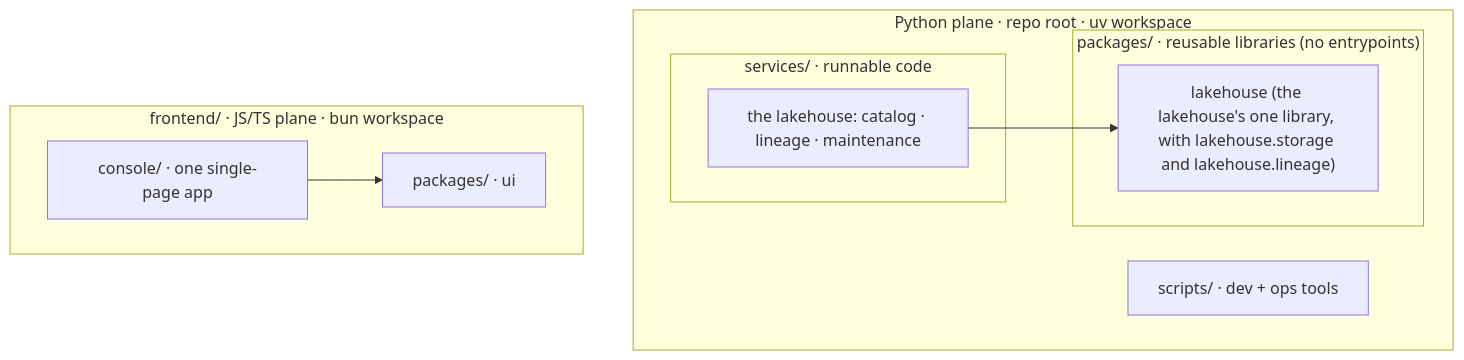
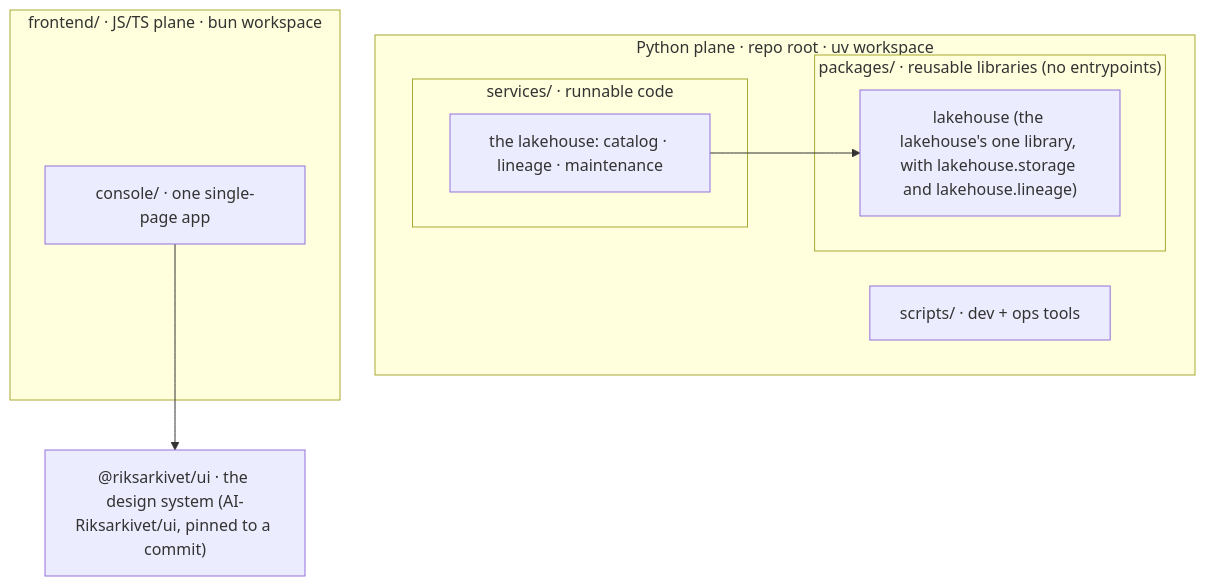
Before and after one commit to AI-Riksarkivet/rask: the diagram in docs/architecture/layout.md, drawn with Mermaid. The commit also changed other lines of this file and 253 other files, not shown here.

````diff
--- a/docs/architecture/layout.md
+++ b/docs/architecture/layout.md
@@ -12,18 +12,18 @@
 ```mermaid
 flowchart TD
     subgraph py["Python plane · repo root · uv workspace"]
         subgraph services["services/ · runnable code"]
             lake["the lakehouse: catalog · lineage · maintenance"]
         end
         subgraph packages["packages/ · reusable libraries (no entrypoints)"]
             plh["lakehouse (the lakehouse's one library, with lakehouse.storage and lakehouse.lineage)"]
         end
         cx["scripts/ · dev + ops tools"]
     end
     subgraph js["frontend/ · JS/TS plane · bun workspace"]
         app["console/ · one single-page app"]
-        fpk["packages/ · ui"]
     end
+    fpk["@riksarkivet/ui · the design system (AI-Riksarkivet/ui, pinned to a commit)"]
     lake --> plh
     app --> fpk
 ```
````
